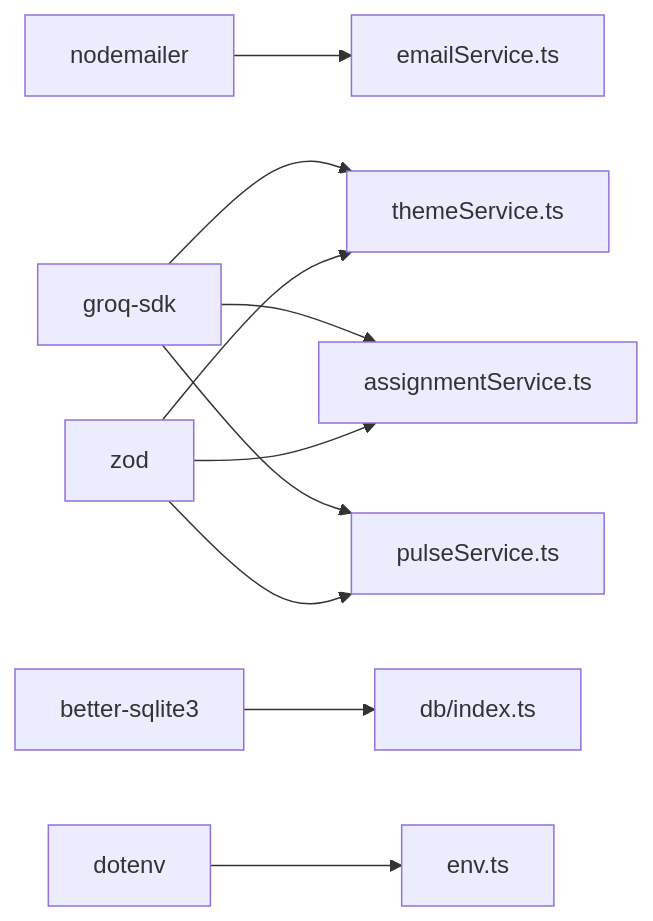
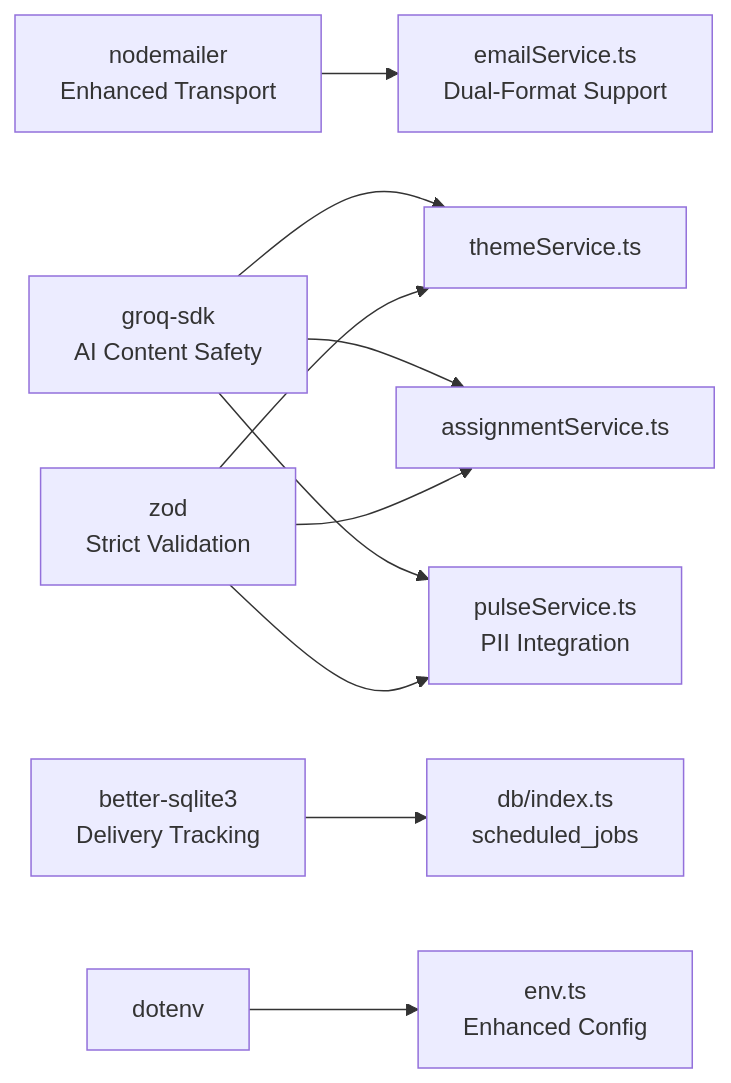
Before and after one commit to aravinthraj-ramalingam/Groww-App-Review-Insights-Analyzer-: the third of 3 diagrams in .qoder/repowiki/en/content/Phase 2_ Advanced Analytics & Automation/Email Service & Delivery.md, drawn with Mermaid. The commit also changed other lines of this file and 11 other files, not shown here.

````diff
--- a/.qoder/repowiki/en/content/Phase 2_ Advanced Analytics & Automation/Email Service & Delivery.md
+++ b/.qoder/repowiki/en/content/Phase 2_ Advanced Analytics & Automation/Email Service & Delivery.md
@@ -267,12 +325,12 @@
 ```mermaid
 graph LR
-Nodemailer["nodemailer"] --> EmailService["emailService.ts"]
-Groq["groq-sdk"] --> ThemeSvc["themeService.ts"]
+Nodemailer["nodemailer<br/>Enhanced Transport"] --> EmailService["emailService.ts<br/>Dual-Format Support"]
+Groq["groq-sdk<br/>AI Content Safety"] --> ThemeSvc["themeService.ts"]
 Groq --> AssignSvc["assignmentService.ts"]
-Groq --> PulseSvc["pulseService.ts"]
-Better["better-sqlite3"] --> DBIdx["db/index.ts"]
-Dotenv["dotenv"] --> Env["env.ts"]
-Zod["zod"] --> ThemeSvc
+Groq --> PulseSvc["pulseService.ts<br/>PII Integration"]
+Better["better-sqlite3<br/>Delivery Tracking"] --> DBIdx["db/index.ts<br/>scheduled_jobs"]
+Dotenv["dotenv"] --> Env["env.ts<br/>Enhanced Config"]
+Zod["zod<br/>Strict Validation"] --> ThemeSvc
 Zod --> AssignSvc
 Zod --> PulseSvc
 ```
````
